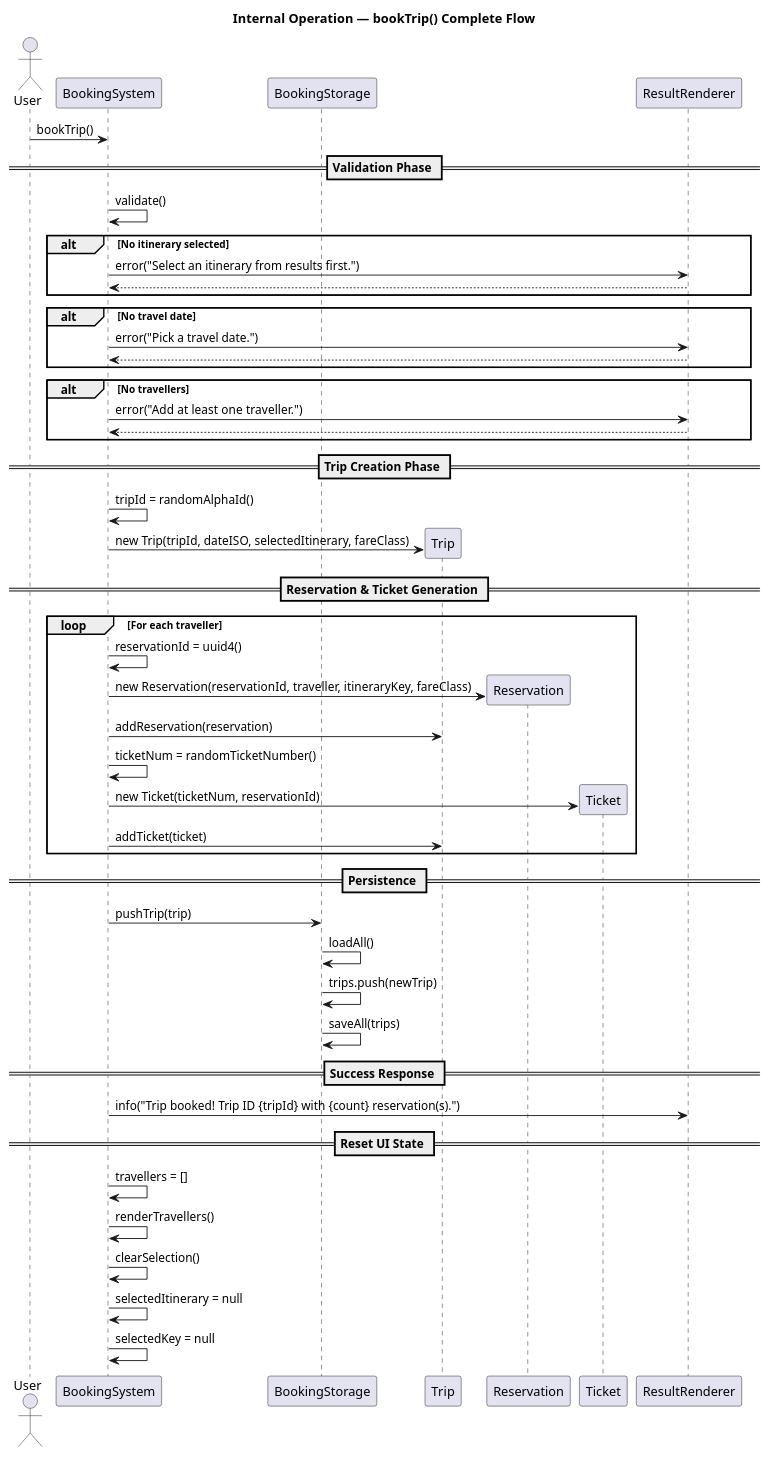
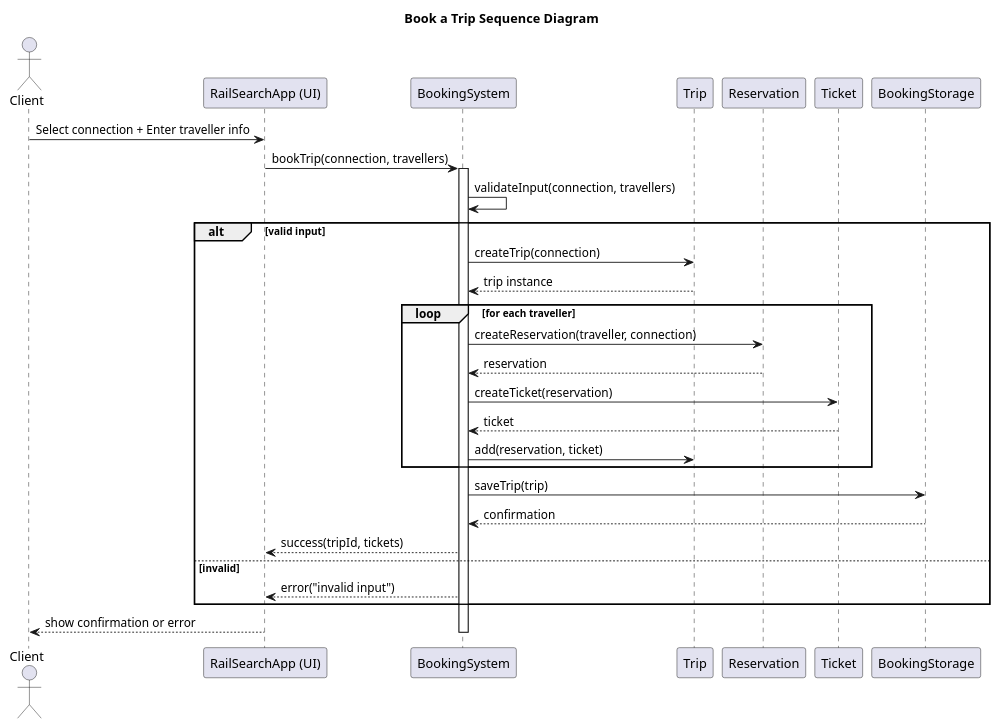
One commit to nicolas-zampieri/SOEN342 changed the diagram in docs/PlantUMLCode/bookTrip.puml. Above: the diagram before and after it, drawn with PlantUML. The commit also changed 3 other files, not shown here.

Commit message:
Addition Of new operation diagrams

```diff
--- a/docs/PlantUMLCode/bookTrip.puml
+++ b/docs/PlantUMLCode/bookTrip.puml
@@ -1,63 +1,40 @@
-@startuml bookTrip
-title Internal Operation — bookTrip() Complete Flow
+@startuml BookTrip
+title Book a Trip Sequence Diagram
 
-actor User as U
+actor Client
+participant "RailSearchApp (UI)" as UI
 participant "BookingSystem" as BS
-participant "BookingStorage" as Storage
-participant "Trip" as T
-participant "Reservation" as R
-participant "Ticket" as TK
-participant "ResultRenderer" as Renderer
+participant "Trip"
+participant "Reservation"
+participant "Ticket"
+participant "BookingStorage" as DB
 
-U -> BS : bookTrip()
+Client -> UI: Select connection + Enter traveller info
+UI -> BS: bookTrip(connection, travellers)
 
-== Validation Phase ==
-BS -> BS : validate()
+activate BS
+BS -> BS: validateInput(connection, travellers)
 
-alt No itinerary selected
-    BS -> Renderer : error("Select an itinerary from results first.")
-    return
+alt valid input
+  BS -> Trip: createTrip(connection)
+  Trip --> BS: trip instance
+
+  loop for each traveller
+    BS -> Reservation: createReservation(traveller, connection)
+    Reservation --> BS: reservation
+    BS -> Ticket: createTicket(reservation)
+    Ticket --> BS: ticket
+    BS -> Trip: add(reservation, ticket)
+  end
+
+  BS -> DB: saveTrip(trip)
+  DB --> BS: confirmation
+
+  BS --> UI: success(tripId, tickets)
+else invalid
+  BS --> UI: error("invalid input")
 end
 
-alt No travel date
-    BS -> Renderer : error("Pick a travel date.")
-    return
-end
-
-alt No travellers
-    BS -> Renderer : error("Add at least one traveller.")
-    return
-end
-
-== Trip Creation Phase ==
-BS -> BS : tripId = randomAlphaId()
-BS -> T ** : new Trip(tripId, dateISO, selectedItinerary, fareClass)
-
-== Reservation & Ticket Generation ==
-loop For each traveller
-    BS -> BS : reservationId = uuid4()
-    BS -> R ** : new Reservation(reservationId, traveller, itineraryKey, fareClass)
-    BS -> T : addReservation(reservation)
-    
-    BS -> BS : ticketNum = randomTicketNumber()
-    BS -> TK ** : new Ticket(ticketNum, reservationId)
-    BS -> T : addTicket(ticket)
-end
-
-== Persistence ==
-BS -> Storage : pushTrip(trip)
-Storage -> Storage : loadAll()
-Storage -> Storage : trips.push(newTrip)
-Storage -> Storage : saveAll(trips)
-
-== Success Response ==
-BS -> Renderer : info("Trip booked! Trip ID {tripId} with {count} reservation(s).")
-
-== Reset UI State ==
-BS -> BS : travellers = []
-BS -> BS : renderTravellers()
-BS -> BS : clearSelection()
-BS -> BS : selectedItinerary = null
-BS -> BS : selectedKey = null
-
+UI --> Client: show confirmation or error
+deactivate BS
 @enduml
```
